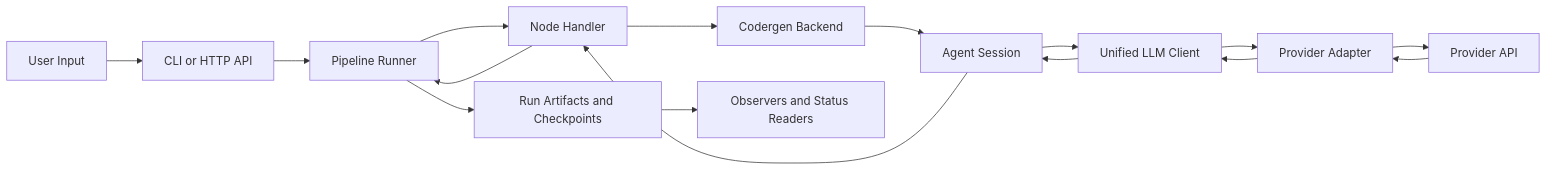
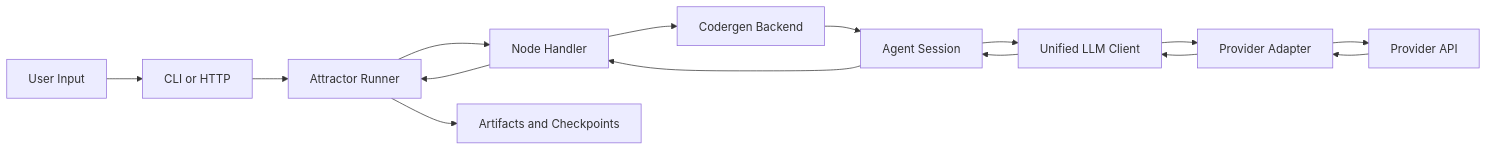
Before and after one commit to jaytaylor/attractor-php: the fourth of 5 diagrams in docs/sprints/SPRINT-001-comprehensive-implementation-plan.md, drawn with Mermaid. The commit also changed other lines of this file, not shown here.

````diff
--- a/docs/sprints/SPRINT-001-comprehensive-implementation-plan.md
+++ b/docs/sprints/SPRINT-001-comprehensive-implementation-plan.md
@@ -601,18 +682,17 @@
 ```mermaid
 flowchart LR
-    U[User Input] --> CLI[CLI or HTTP API]
-    CLI --> RUNNER[Pipeline Runner]
+    USER[User Input] --> CLI[CLI or HTTP]
+    CLI --> RUNNER[Attractor Runner]
     RUNNER --> HANDLER[Node Handler]
     HANDLER --> BACKEND[Codergen Backend]
     BACKEND --> AGENT[Agent Session]
     AGENT --> LLM[Unified LLM Client]
     LLM --> ADAPTER[Provider Adapter]
     ADAPTER --> PROVIDER[Provider API]
     PROVIDER --> ADAPTER
     ADAPTER --> LLM
     LLM --> AGENT
     AGENT --> HANDLER
     HANDLER --> RUNNER
-    RUNNER --> STORE[Run Artifacts and Checkpoints]
-    STORE --> OBS[Observers and Status Readers]
+    RUNNER --> ARTIFACTS[Artifacts and Checkpoints]
 ```
````
